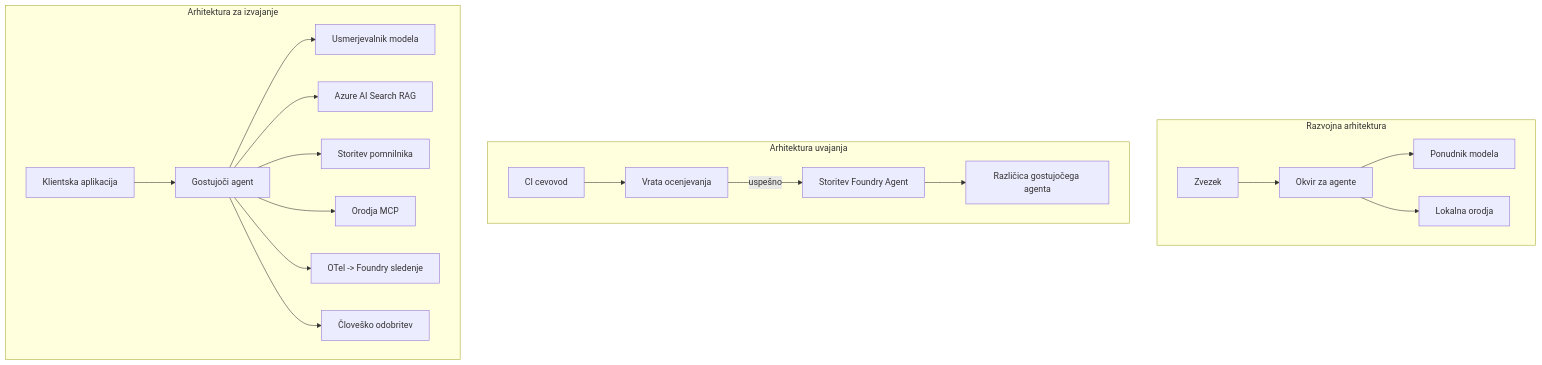
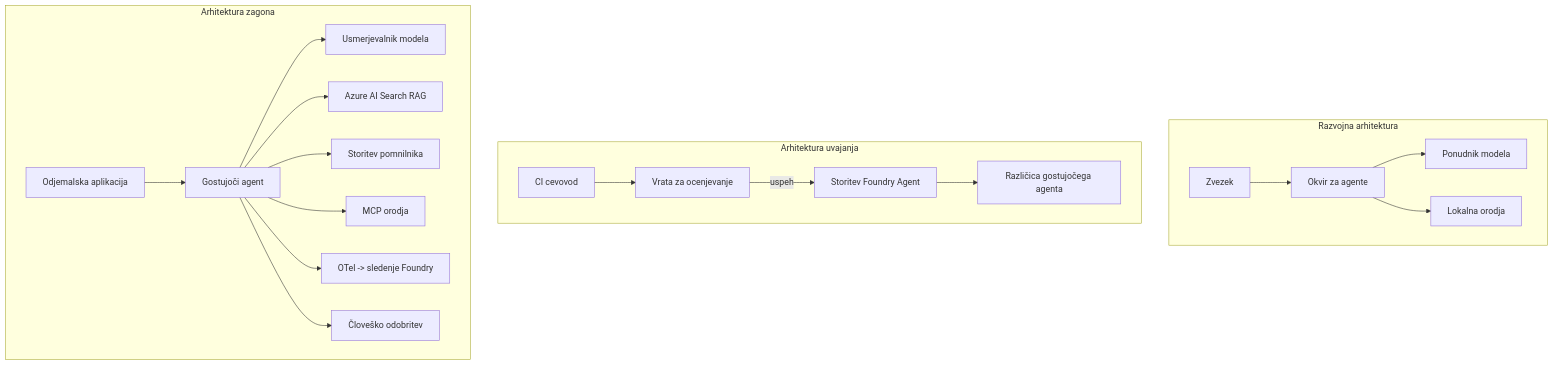
Before and after one commit to gabrielmoreira/agent-skills-mirror: the fourth of 4 diagrams in mirrors/repos/microsoft@ai-agents-for-beginners/translations/sl/16-deploying-scalable-agents/README.md, drawn with Mermaid. The commit also changed other lines of this file and 3581 other files, not shown here.

````diff
--- a/mirrors/repos/microsoft@ai-agents-for-beginners/translations/sl/16-deploying-scalable-agents/README.md
+++ b/mirrors/repos/microsoft@ai-agents-for-beginners/translations/sl/16-deploying-scalable-agents/README.md
@@ -185,22 +185,22 @@
 ```mermaid
 flowchart TB
     subgraph Dev[Razvojna arhitektura]
         D1[Zvezek] --> D2[Okvir za agente]
         D2 --> D3[Ponudnik modela]
         D2 --> D4[Lokalna orodja]
     end
     subgraph Deploy[Arhitektura uvajanja]
-        E1[CI cevovod] --> E2[Vrata ocenjevanja]
-        E2 -->|uspešno| E3[Storitev Foundry Agent]
+        E1[CI cevovod] --> E2[Vrata za ocenjevanje]
+        E2 -->|uspeh| E3[Storitev Foundry Agent]
         E3 --> E4[Različica gostujočega agenta]
     end
-    subgraph Run[Arhitektura za izvajanje]
-        F1[Klientska aplikacija] --> F2[Gostujoči agent]
+    subgraph Run[Arhitektura zagona]
+        F1[Odjemalska aplikacija] --> F2[Gostujoči agent]
         F2 --> F3[Usmerjevalnik modela]
         F2 --> F4[Azure AI Search RAG]
         F2 --> F5[Storitev pomnilnika]
-        F2 --> F6[Orodja MCP]
-        F2 --> F7[OTel -> Foundry sledenje]
+        F2 --> F6[MCP orodja]
+        F2 --> F7[OTel -> sledenje Foundry]
         F2 --> F8[Človeško odobritev]
     end
 ```
````
